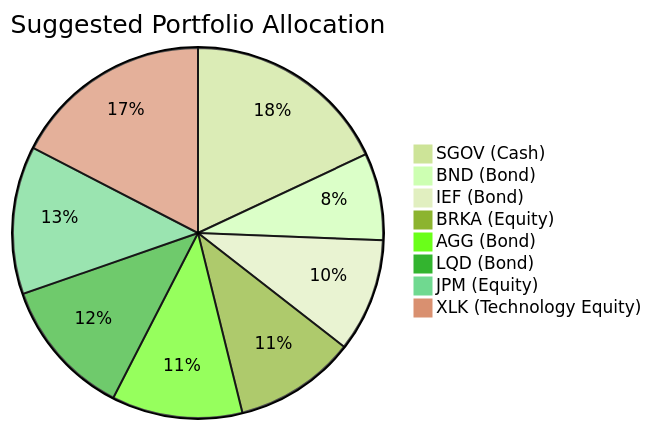
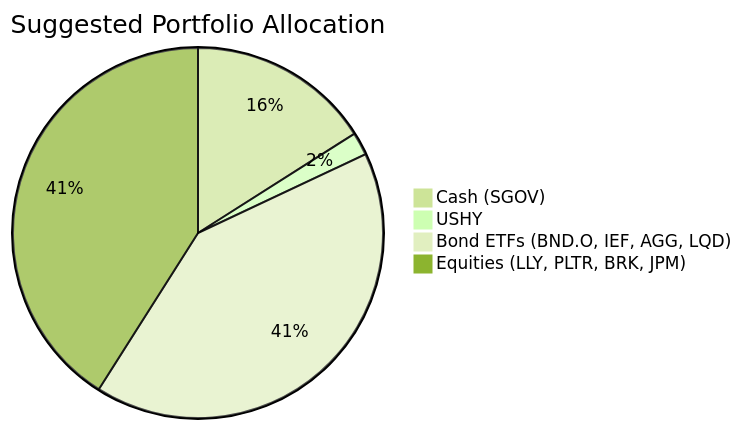
One commit to roger249/Bot-collaboration changed the second of 2 diagrams in docs/sample outputs/client_product_fit_analysis_zw-4.md. Above: the diagram before and after it, drawn with Mermaid (forest theme). The commit also changed other lines of this file and 16 other files, not shown here.

````diff
--- a/docs/sample outputs/client_product_fit_analysis_zw-4.md
+++ b/docs/sample outputs/client_product_fit_analysis_zw-4.md
@@ -60,11 +49,7 @@
 ```mermaid
 pie title Suggested Portfolio Allocation
-    "SGOV (Cash)" : 18.0
-    "BND (Bond)" : 7.6
-    "IEF (Bond)" : 9.9
-    "BRKA (Equity)" : 10.6
-    "AGG (Bond)" : 11.4
-    "LQD (Bond)" : 12.1
-    "JPM (Equity)" : 12.9
-    "XLK (Technology Equity)" : 17.4
+    "Cash (SGOV)" : 16
+    "USHY" : 2
+    "Bond ETFs (BND.O, IEF, AGG, LQD)" : 41
+    "Equities (LLY, PLTR, BRK, JPM)" : 41
 ```
````
